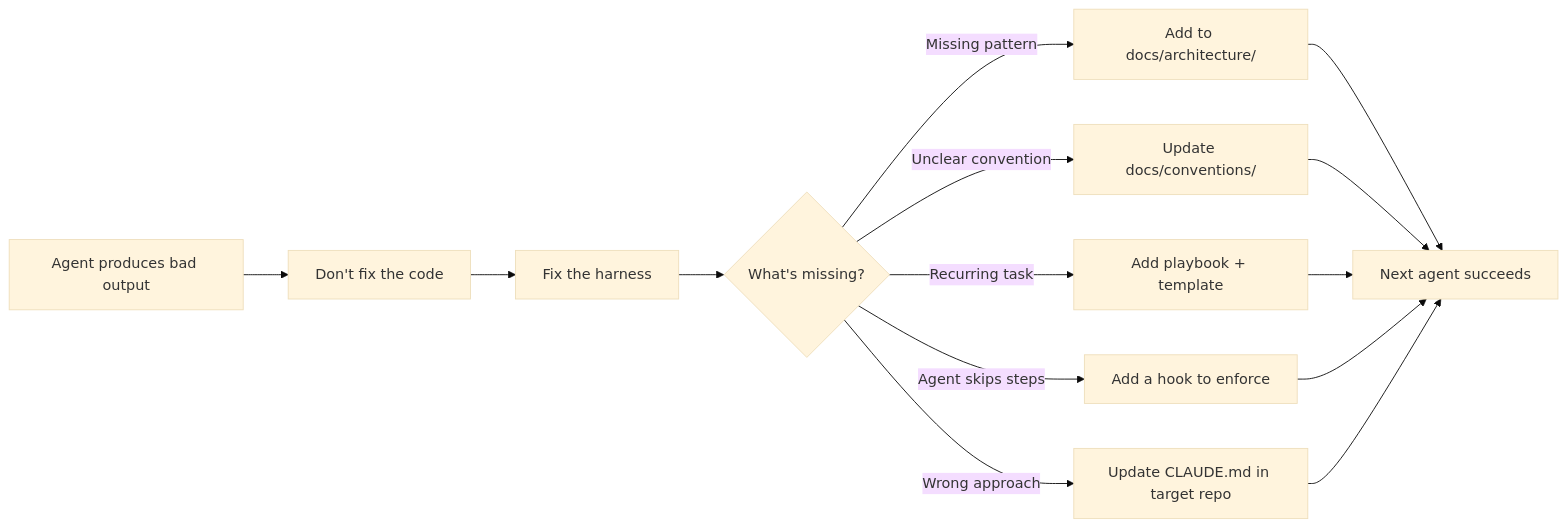
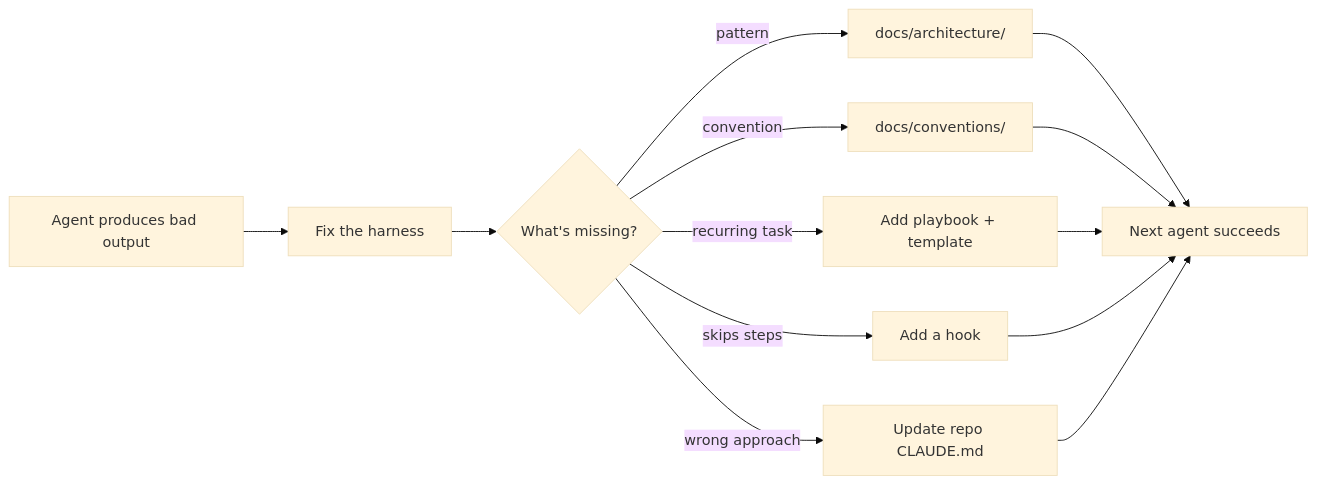
One commit to workos/case changed the second of 2 diagrams in README.md. Above: the diagram before and after it, drawn with Mermaid (base theme). The commit also changed other lines of this file, not shown here.

Commit message:
fix(docs): fix mermaid syntax — quote node labels with slashes

````diff
--- a/README.md
+++ b/README.md
@@ -46,16 +45,15 @@
 ```mermaid
 graph LR
-    A[Agent produces bad output] --> B[Don't fix the code]
-    B --> C[Fix the harness]
-    C --> D{What's missing?}
-    D -->|Missing pattern| E[Add to docs/architecture/]
-    D -->|Unclear convention| F[Update docs/conventions/]
-    D -->|Recurring task| G[Add playbook + template]
-    D -->|Agent skips steps| H[Add a hook to enforce]
-    D -->|Wrong approach| I[Update CLAUDE.md in target repo]
-    E --> J[Next agent succeeds]
-    F --> J
-    G --> J
-    H --> J
-    I --> J
+    A["Agent produces bad output"] --> B["Fix the harness"]
+    B --> C{"What's missing?"}
+    C -->|pattern| D["docs/architecture/"]
+    C -->|convention| E["docs/conventions/"]
+    C -->|recurring task| F["Add playbook + template"]
+    C -->|skips steps| G["Add a hook"]
+    C -->|wrong approach| H["Update repo CLAUDE.md"]
+    D --> I["Next agent succeeds"]
+    E --> I
+    F --> I
+    G --> I
+    H --> I
 ```
````
